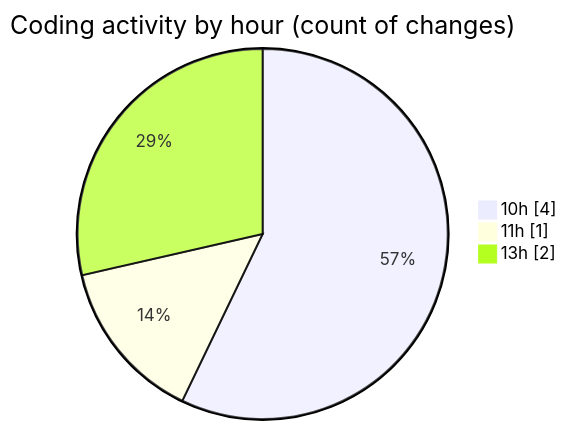
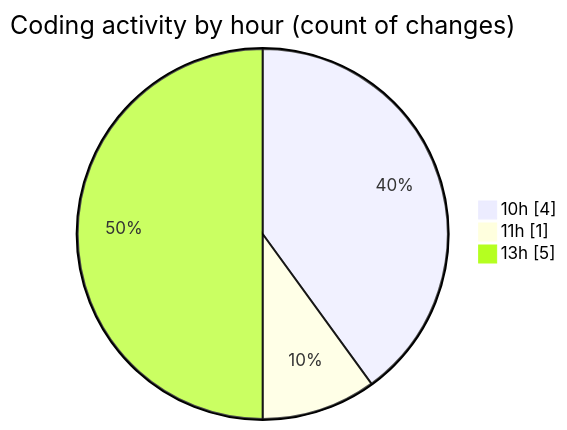
The second of 2 diagrams in 2025-06-06/nxtqube_webapp/README.md (nxtqubesakshisongat/code-tracking), drawn with Mermaid before and after one commit. The commit also changed other lines of this file and 1 other file, not shown here.

````diff
--- a/2025-06-06/nxtqube_webapp/README.md
+++ b/2025-06-06/nxtqube_webapp/README.md
@@ -28,7 +28,7 @@
 ```mermaid
 pie showData
 title Coding activity by hour (count of changes)
 "10h" : 4
 "11h" : 1
-"13h" : 2
+"13h" : 5
 ```
````
